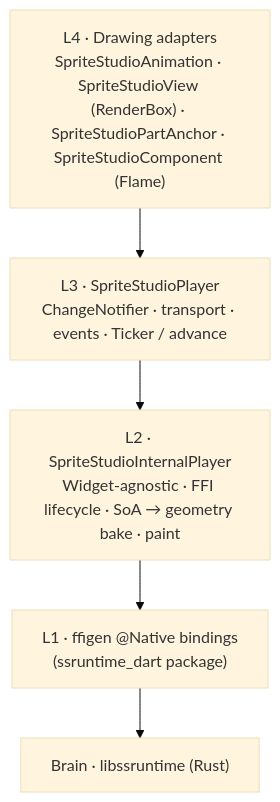
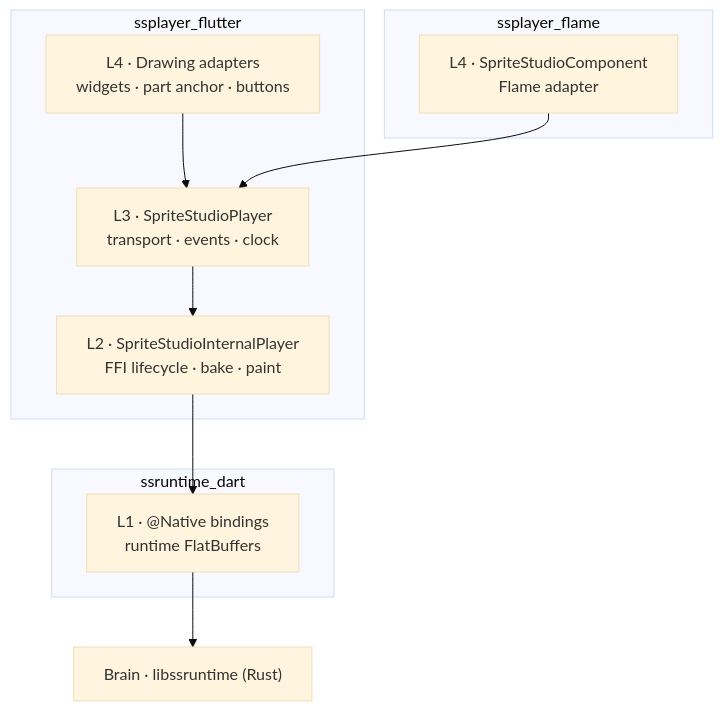
Before and after one commit to cri-middleware/SSPlayerForFlutter: the first of 2 diagrams in docs/en/development/architecture.md, drawn with Mermaid (base theme). The commit also changed other lines of this file and 1 other file, not shown here.

First line of the commit message:
docs(architecture): draw the layers by package, and the live-reload path

````diff
--- a/docs/en/development/architecture.md
+++ b/docs/en/development/architecture.md
@@ -12,9 +12,23 @@
 ```mermaid
+---
+config:
+  flowchart:
+    wrappingWidth: 400
+---
 flowchart TD
-    L4["L4 · Drawing adapters<br/>SpriteStudioAnimation · SpriteStudioView (RenderBox) · SpriteStudioPartAnchor · SpriteStudioComponent (Flame)"]
-    L3["L3 · SpriteStudioPlayer<br/>ChangeNotifier · transport · events · Ticker / advance"]
-    L2["L2 · SpriteStudioInternalPlayer<br/>Widget-agnostic · FFI lifecycle · SoA → geometry bake · paint"]
-    L1["L1 · ffigen @Native bindings<br/>(ssruntime_dart package)"]
+    subgraph flame ["ssplayer_flame"]
+        F4["L4 · SpriteStudioComponent<br/>Flame adapter"]
+    end
+    subgraph core ["ssplayer_flutter"]
+        L4["L4 · Drawing adapters<br/>widgets · part anchor · buttons"]
+        L3["L3 · SpriteStudioPlayer<br/>transport · events · clock"]
+        L2["L2 · SpriteStudioInternalPlayer<br/>FFI lifecycle · bake · paint"]
+    end
+    subgraph rt ["ssruntime_dart"]
+        L1["L1 · @Native bindings<br/>runtime FlatBuffers"]
+    end
     Brain["Brain · libssruntime (Rust)"]
-    L4 --> L3 --> L2 --> L1 --> Brain
+    L4 --> L3
+    F4 --> L3
+    L3 --> L2 --> L1 --> Brain
 ```
````
